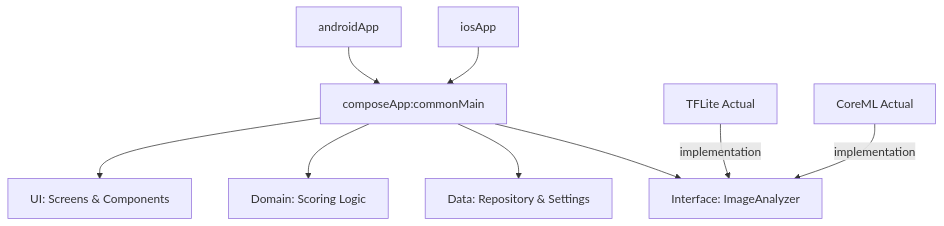
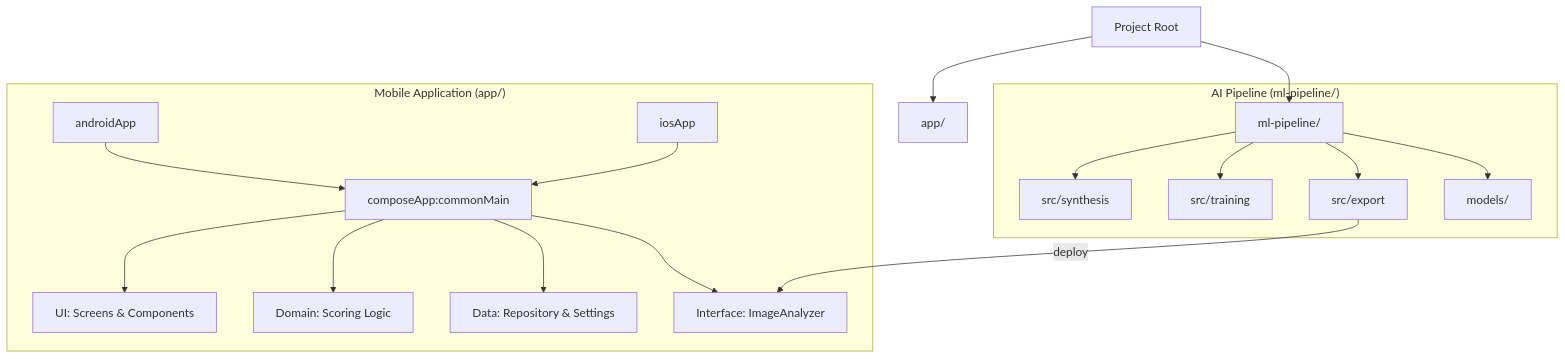
Before and after one commit to dragoncowkarma/mahjong-calculator: the diagram in docs/specs/06_technical_architecture.md, drawn with Mermaid. The commit also changed other lines of this file and 1 other file, not shown here.

Commit message:
docs: update technical architecture and development milestones specifications

````diff
--- a/docs/specs/06_technical_architecture.md
+++ b/docs/specs/06_technical_architecture.md
@@ -20,11 +24,23 @@
 ```mermaid
 graph TD
-    A[composeApp:commonMain] --> B[UI: Screens & Components]
-    A --> C[Domain: Scoring Logic]
-    A --> D[Data: Repository & Settings]
-    A --> H[Interface: ImageAnalyzer]
-    E[androidApp] --> A
-    F[iosApp] --> A
-    I[TFLite Actual] -- implementation --> H
-    J[CoreML Actual] -- implementation --> H
+    Root[Project Root] --> App[app/]
+    Root --> ML[ml-pipeline/]
+    
+    subgraph "Mobile Application (app/)"
+        A[composeApp:commonMain] --> B[UI: Screens & Components]
+        A --> C[Domain: Scoring Logic]
+        A --> D[Data: Repository & Settings]
+        A --> H[Interface: ImageAnalyzer]
+        E[androidApp] --> A
+        F[iosApp] --> A
+    end
+    
+    subgraph "AI Pipeline (ml-pipeline/)"
+        ML --> S[src/synthesis]
+        ML --> T[src/training]
+        ML --> EX[src/export]
+        ML --> MD[models/]
+    end
+    
+    EX -- deploy --> H
 ```
````
